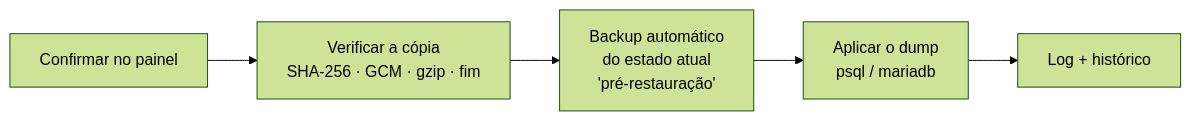
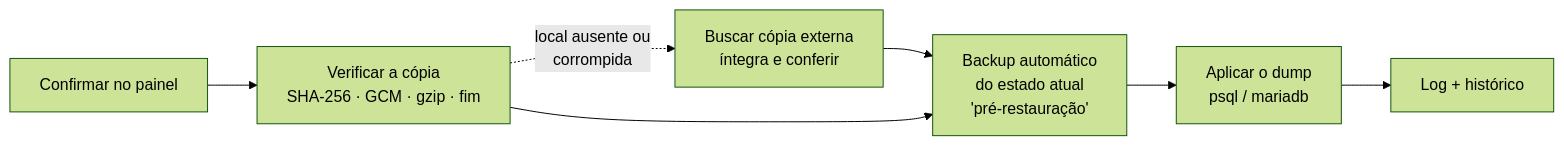
One commit to kauandeon-dev/Sentinela changed the third of 5 diagrams in README.md. Above: the diagram before and after it, drawn with Mermaid (forest theme). The commit also changed other lines of this file and 26 other files, not shown here.

````diff
--- a/README.md
+++ b/README.md
@@ -189,7 +213,9 @@
 ```mermaid
 flowchart LR
     A[Confirmar no painel] --> B[Verificar a cópia<br>SHA-256 · GCM · gzip · fim]
+    B -. local ausente ou<br>corrompida .-> X[Buscar cópia externa<br>íntegra e conferir]
+    X --> C
     B --> C[Backup automático<br>do estado atual<br>'pré-restauração']
     C --> D[Aplicar o dump<br>psql / mariadb]
     D --> E[Log + histórico]
 ```
````
